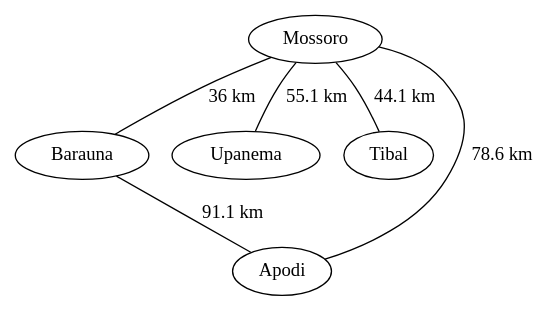
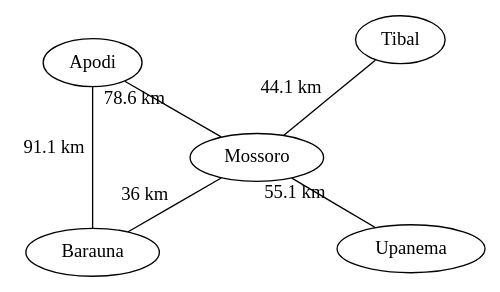
Before and after one commit to davigledson/graph_studies: the diagram in q1_3_rota_cidades.dot, drawn with Graphviz. The commit also changed 16 other files, not shown here.

```diff
--- a/q1_3_rota_cidades.dot
+++ b/q1_3_rota_cidades.dot
@@ -1,9 +1,9 @@
 graph rotas {
-  
+layout="circo";
 Mossoro -- Barauna [label="36 km"];
 Mossoro -- Upanema [label="55.1 km"];
 Mossoro -- Tibal [label="44.1 km"];
 Mossoro -- Apodi [label="78.6 km"];
 Barauna -- Apodi [label="91.1 km"];
 
 }
```
